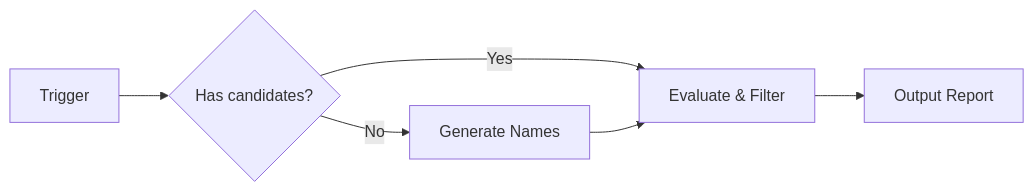
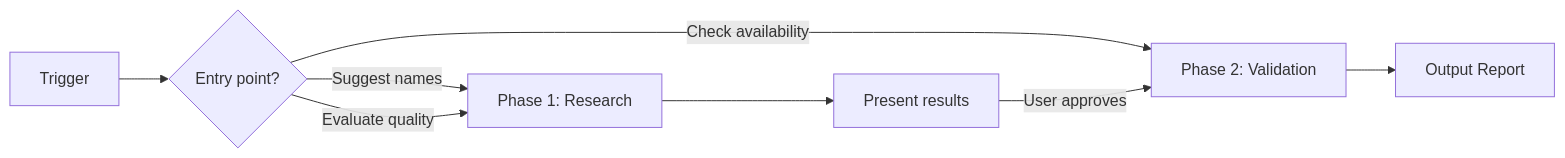
The diagram in skills/(product)/product-naming/README.md (adeonir/agent-skills), drawn with Mermaid before and after one commit. The commit also changed other lines of this file and 10 other files, not shown here.

First line of the commit message:
feat: restructure product-naming with research and validation workflow

````diff
--- a/skills/(product)/product-naming/README.md
+++ b/skills/(product)/product-naming/README.md
@@ -15,8 +15,10 @@
 ```mermaid
 flowchart LR
-    T[Trigger] --> D{Has candidates?}
-    D -->|No| G[Generate Names]
-    D -->|Yes| E[Evaluate & Filter]
-    G --> E
-    E --> R[Output Report]
+    T[Trigger] --> E{Entry point?}
+    E -->|Suggest names| R[Phase 1: Research]
+    E -->|Evaluate quality| R
+    E -->|Check availability| V[Phase 2: Validation]
+    R --> P[Present results]
+    P -->|User approves| V
+    V --> O[Output Report]
 ```
````
